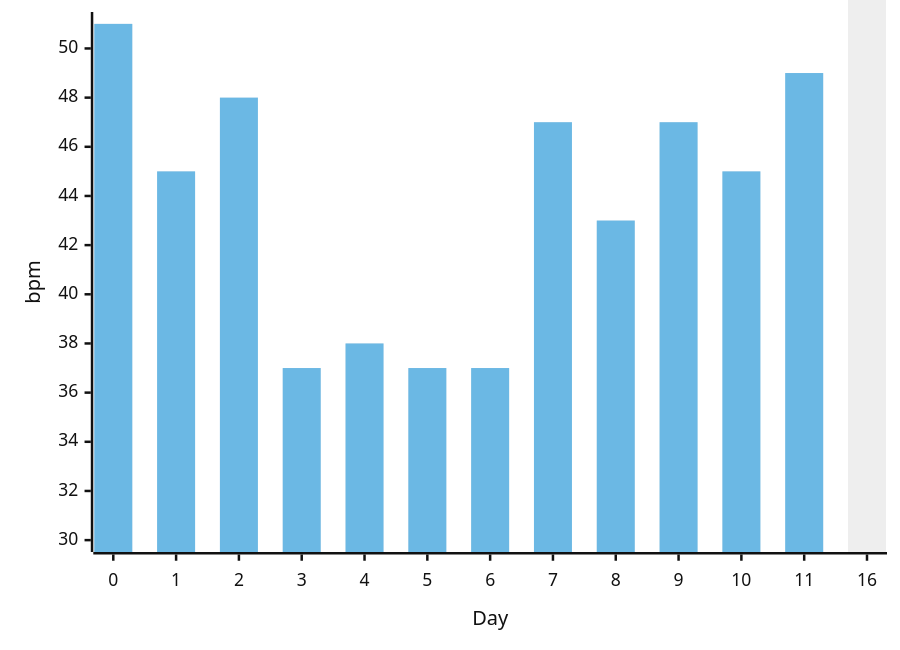
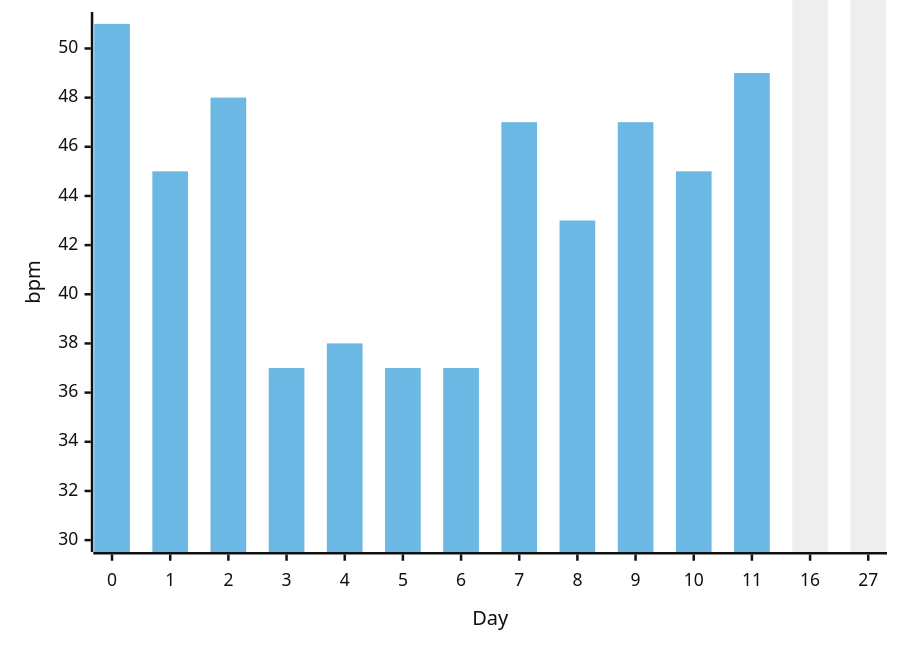
One commit to phil-m-kopp/phil-m-kopp.github.io changed diagram 12 of 16 in docs/articles/posts/personal-development/experience-strict-fasting-8days/experience-strict-fasting-8days.md. Above: the diagram before and after it, drawn with Mermaid (neutral theme). The commit also changed other lines of this file and 7 other files, not shown here.

````diff
--- a/docs/articles/posts/personal-development/experience-strict-fasting-8days/experience-strict-fasting-8days.md
+++ b/docs/articles/posts/personal-development/experience-strict-fasting-8days/experience-strict-fasting-8days.md
@@ -320,8 +336,8 @@
 ``` mermaid
 xychart-beta
-        x-axis "Day" [0, 1, 2, 3, 4, 5, 6, 7, 8, 9, 10, 11, 16]
+        x-axis "Day" [0, 1, 2, 3, 4, 5, 6, 7, 8, 9, 10, 11, 16, 27]
         y-axis "bpm" 30 --> 51
 
-        bar [51, 45, 48, 37, 38, 37, 37, 47, 43, 47, 45, 49, 56]
+        bar [51, 45, 48, 37, 38, 37, 37, 47, 43, 47, 45, 49, 56, 54]
         bar [51, 45, 48, 37, 38, 37, 37, 47, 43, 47, 45, 49]
 ```
````
